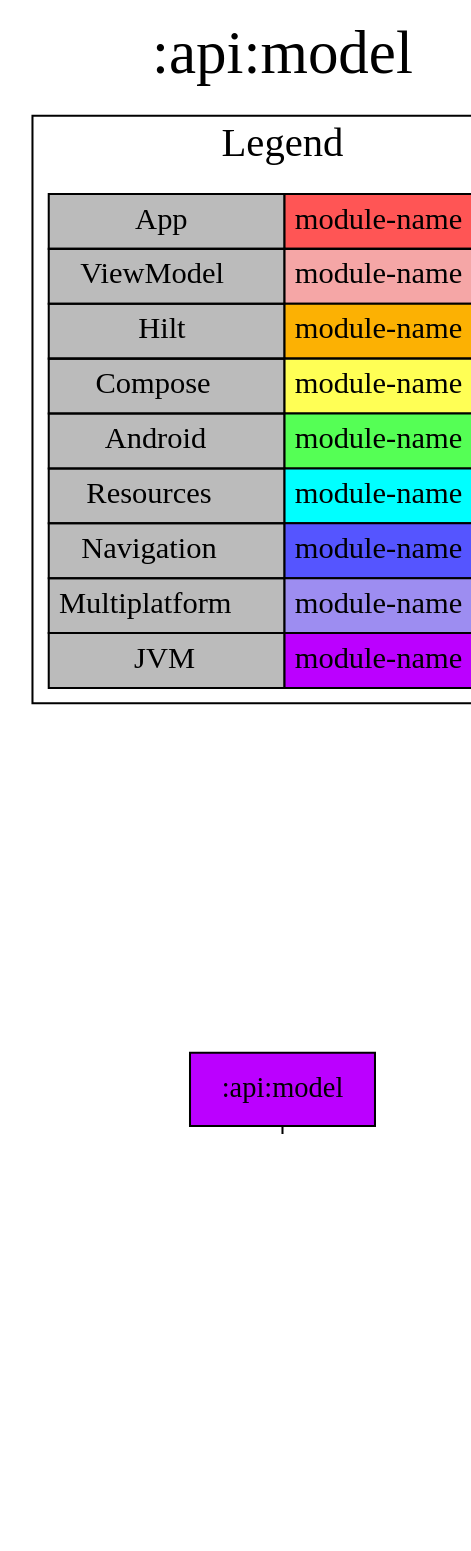
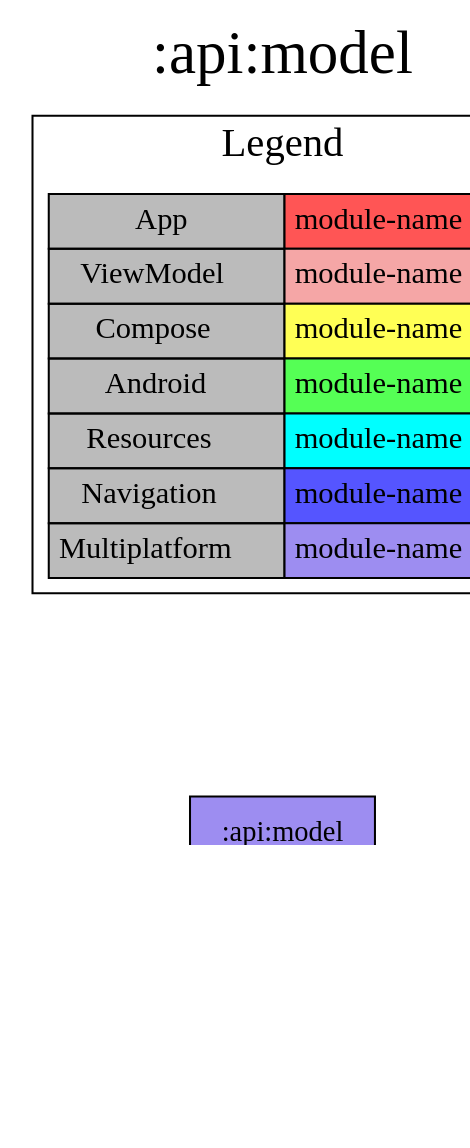
The diagram in modules/api/model/project-dependency-graph.dot (jonapoul/aktual), drawn with Graphviz before and after one commit. The commit also changed 142 other files, not shown here.

```diff
--- a/modules/api/model/project-dependency-graph.dot
+++ b/modules/api/model/project-dependency-graph.dot
@@ -1,29 +1,27 @@
 digraph {
 edge ["dir"="forward"]
-graph ["dpi"="100","label"=":api:model","labelloc"="t","fontsize"="30","ranksep"="2.5","rankdir"="TB"]
+graph ["dpi"="100","label"=":api:model","labelloc"="t","fontsize"="30","ranksep"="1.5","rankdir"="TB"]
 node ["style"="filled"]
-":api:model" ["fillcolor"="#BB00FF","shape"="box"]
+":api:model" ["fillcolor"="#9D8DF1","shape"="box"]
 ":login:model" ["fillcolor"="#9D8DF1","shape"="box"]
 {
 edge ["dir"="none"]
 graph ["rank"="same"]
 }
 ":api:model" -> ":login:model"
 subgraph "cluster_legend" {
 edge ["dir"="none"]
 graph ["label"="Legend","fontsize"="20"]
 "Legend" ["style"="filled","fillcolor"="#bbbbbb","shape"="none","margin"="0","fontsize"="15","label"=<
 <TABLE BORDER="0" CELLBORDER="1" CELLSPACING="0" CELLPADDING="4">
 <TR><TD>App</TD><TD BGCOLOR="#FF5555">module-name</TD></TR>
 <TR><TD>ViewModel</TD><TD BGCOLOR="#F5A6A6">module-name</TD></TR>
-<TR><TD>Hilt</TD><TD BGCOLOR="#FCB103">module-name</TD></TR>
 <TR><TD>Compose</TD><TD BGCOLOR="#FFFF55">module-name</TD></TR>
 <TR><TD>Android</TD><TD BGCOLOR="#55FF55">module-name</TD></TR>
 <TR><TD>Resources</TD><TD BGCOLOR="#00FFFF">module-name</TD></TR>
 <TR><TD>Navigation</TD><TD BGCOLOR="#5555FF">module-name</TD></TR>
 <TR><TD>Multiplatform</TD><TD BGCOLOR="#9D8DF1">module-name</TD></TR>
-<TR><TD>JVM</TD><TD BGCOLOR="#BB00FF">module-name</TD></TR>
 </TABLE>
 >]
 } -> ":api:model" ["style"="invis"]
 }
```
